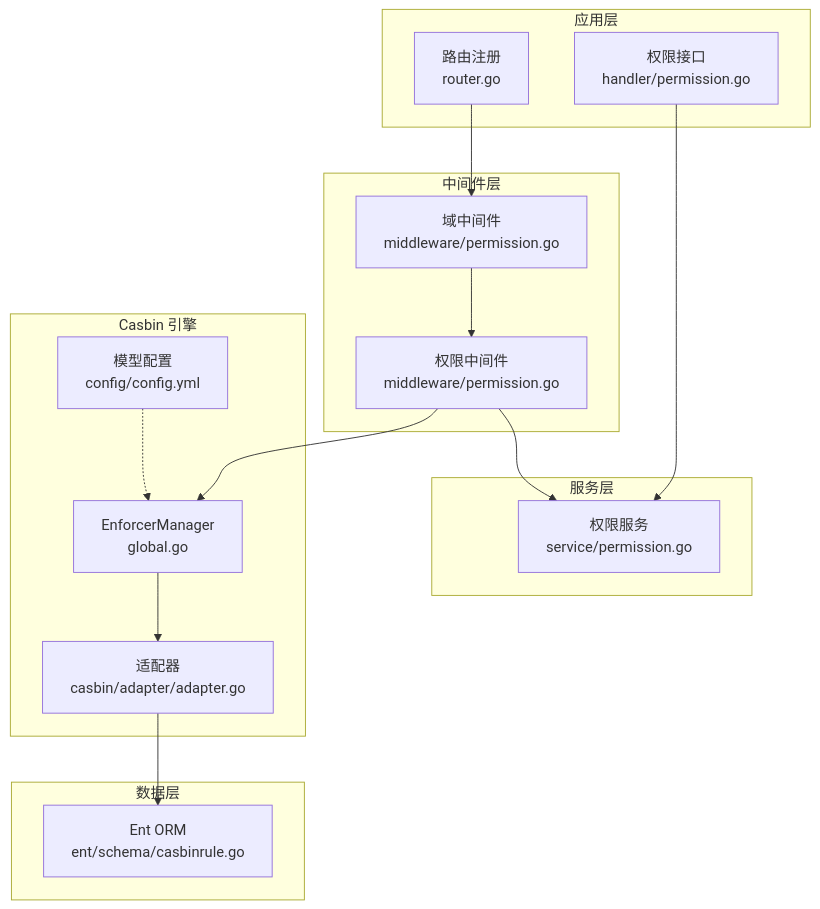
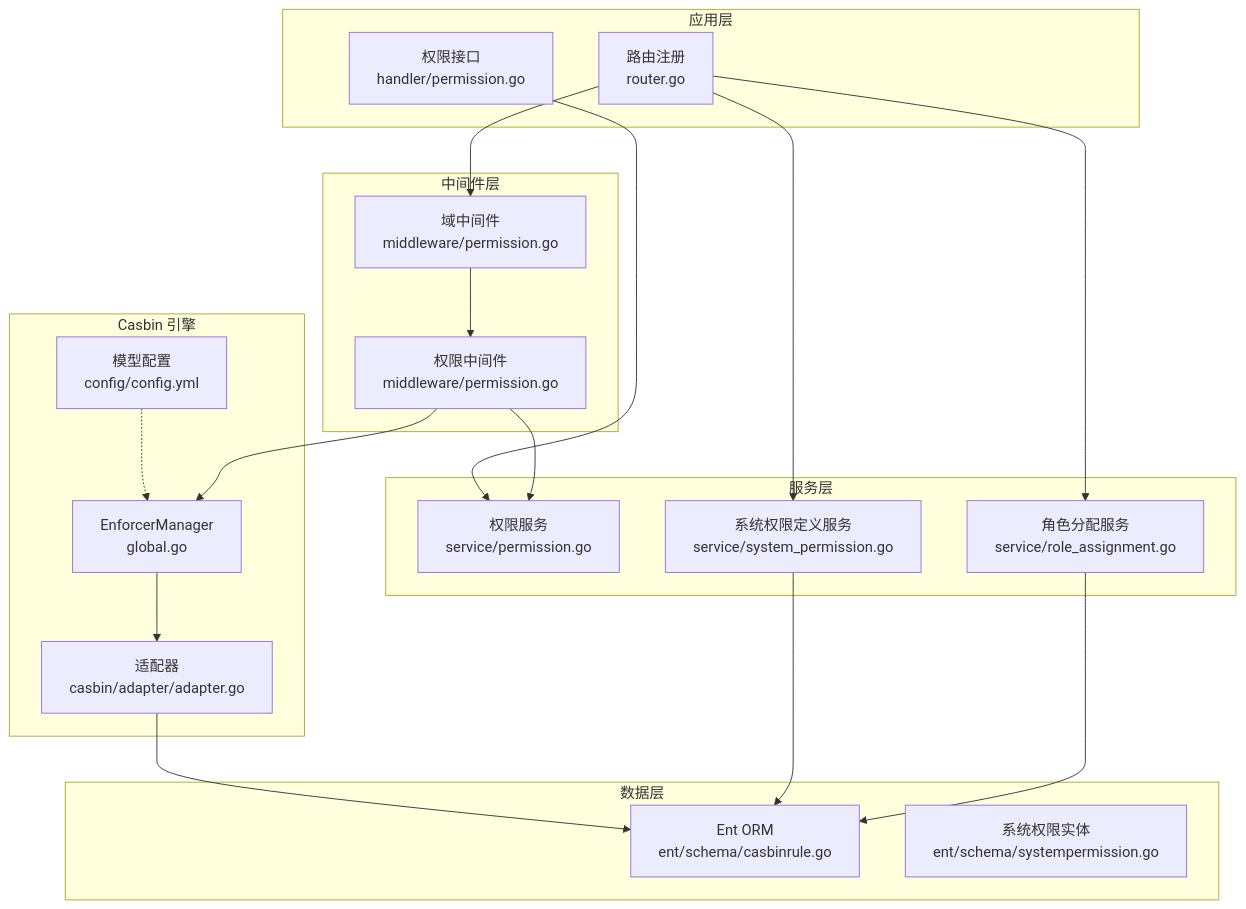
The first of 6 diagrams in .qoder/repowiki/zh/content/核心模块/权限控制模块.md (wuwuseo/e-sports-go-admin), drawn with Mermaid before and after one commit. The commit also changed other lines of this file and 42 other files, not shown here.

````diff
--- a/.qoder/repowiki/zh/content/核心模块/权限控制模块.md
+++ b/.qoder/repowiki/zh/content/核心模块/权限控制模块.md
@@ -44,28 +46,33 @@
 ```mermaid
 graph TB
 subgraph "应用层"
 Router["路由注册<br/>router.go"]
 Handlers["权限接口<br/>handler/permission.go"]
 end
 subgraph "服务层"
 PermSvc["权限服务<br/>service/permission.go"]
+SysPermSvc["系统权限定义服务<br/>service/system_permission.go"]
+RoleAssignSvc["角色分配服务<br/>service/role_assignment.go"]
 end
 subgraph "中间件层"
 DomainMW["域中间件<br/>middleware/permission.go"]
 PermMW["权限中间件<br/>middleware/permission.go"]
 end
 subgraph "Casbin 引擎"
 EM["EnforcerManager<br/>global.go"]
 Adapter["适配器<br/>casbin/adapter/adapter.go"]
 Model["模型配置<br/>config/config.yml"]
 end
 subgraph "数据层"
 Ent["Ent ORM<br/>ent/schema/casbinrule.go"]
+SysPermEnt["系统权限实体<br/>ent/schema/systempermission.go"]
 end
 Router --> DomainMW --> PermMW --> PermSvc
+Router --> RoleAssignSvc --> Ent
+Router --> SysPermSvc --> Ent
 PermMW --> EM
 EM --> Adapter
 Adapter --> Ent
 Handlers --> PermSvc
 Model -.-> EM
 ```
````
